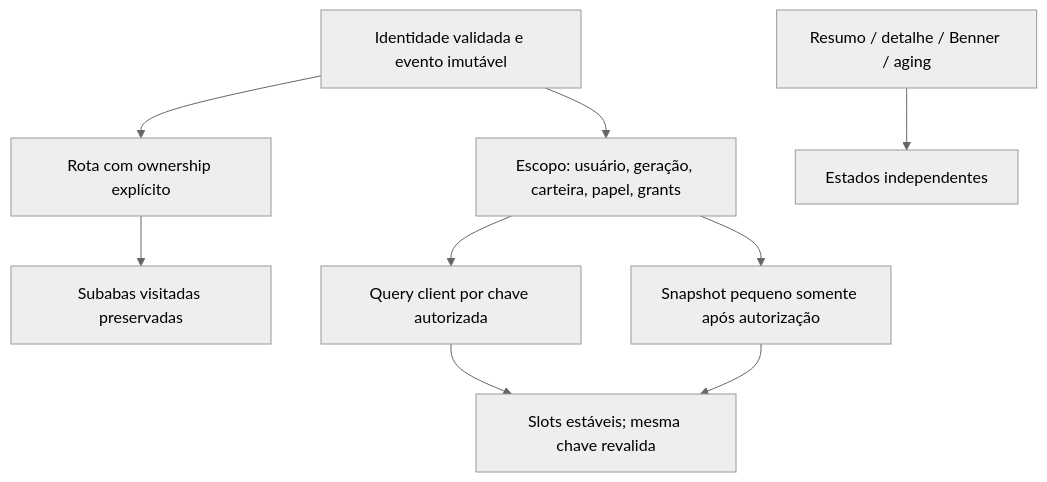
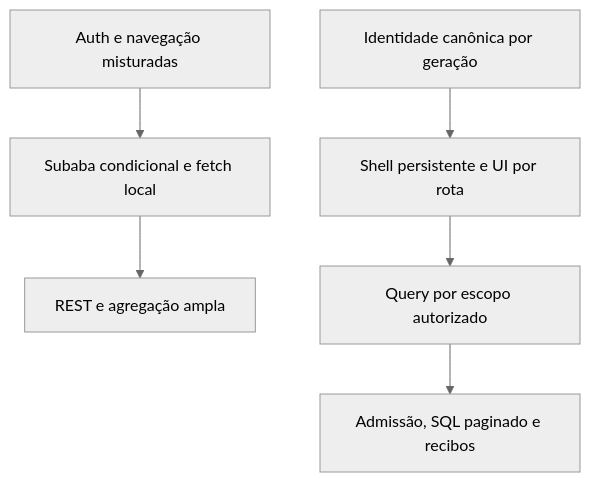
The diagram in docs/runtime-v2/DIAGNOSTICO_FINAL.md (portilhooooooooo/mascarenhas.github.io), drawn with Mermaid (neutral theme) before and after one commit. The commit also changed other lines of this file and 142 other files, not shown here.

````diff
--- a/docs/runtime-v2/DIAGNOSTICO_FINAL.md
+++ b/docs/runtime-v2/DIAGNOSTICO_FINAL.md
@@ -54,11 +29,8 @@
 ```mermaid
 flowchart TD
-  A["Identidade validada e evento imutável"] --> B["Escopo: usuário, geração, carteira, papel, grants"]
-  A --> C["Rota com ownership explícito"]
-  C --> D["Subabas visitadas preservadas"]
-  B --> E["Query client por chave autorizada"]
-  E --> F["Slots estáveis; mesma chave revalida"]
-  B --> G["Snapshot pequeno somente após autorização"]
-  G --> F
-  H["Resumo / detalhe / Benner / aging"] --> I["Estados independentes"]
+ A["Auth e navegação misturadas"] --> B["Subaba condicional e fetch local"]
+ B --> C["REST e agregação ampla"]
+ D["Identidade canônica por geração"] --> E["Shell persistente e UI por rota"]
+ E --> F["Query por escopo autorizado"]
+ F --> G["Admissão, SQL paginado e recibos"]
 ```
````
